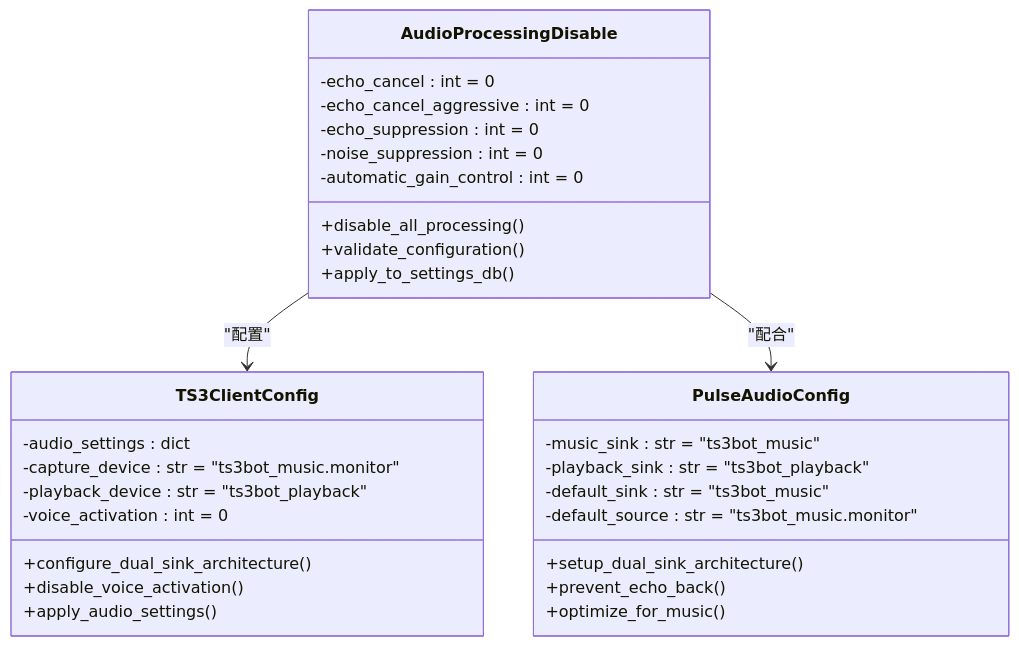
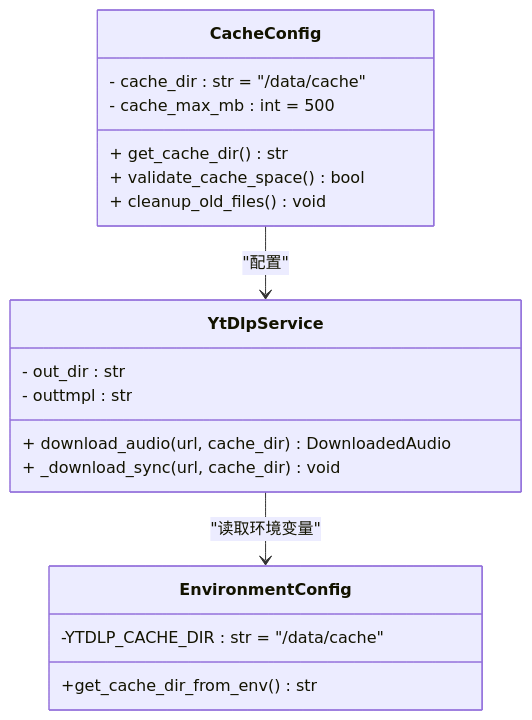
Before and after one commit to GhoulOwl/Teamspeak3_Bot: the fourth of 14 diagrams in .qoder/repowiki/zh/content/音乐播放系统/音乐播放系统.md, drawn with Mermaid. The commit also changed other lines of this file and 7 other files, not shown here.

````diff
--- a/.qoder/repowiki/zh/content/音乐播放系统/音乐播放系统.md
+++ b/.qoder/repowiki/zh/content/音乐播放系统/音乐播放系统.md
@@ -216,33 +266,22 @@
 ```mermaid
 classDiagram
-class AudioProcessingDisable {
--echo_cancel : int = 0
--echo_cancel_aggressive : int = 0
--echo_suppression : int = 0
--noise_suppression : int = 0
--automatic_gain_control : int = 0
-+disable_all_processing()
-+validate_configuration()
-+apply_to_settings_db()
+class CacheConfig {
+- cache_dir : str = "/data/cache"
+- cache_max_mb : int = 500
++ get_cache_dir() str
++ validate_cache_space() bool
++ cleanup_old_files() void
 }
-class TS3ClientConfig {
--audio_settings : dict
--capture_device : str = "ts3bot_music.monitor"
--playback_device : str = "ts3bot_playback"
--voice_activation : int = 0
-+configure_dual_sink_architecture()
-+disable_voice_activation()
-+apply_audio_settings()
+class YtDlpService {
+- out_dir : str
+- outtmpl : str
++ download_audio(url, cache_dir) DownloadedAudio
++ _download_sync(url, cache_dir) void
 }
-class PulseAudioConfig {
--music_sink : str = "ts3bot_music"
--playback_sink : str = "ts3bot_playback"
--default_sink : str = "ts3bot_music"
--default_source : str = "ts3bot_music.monitor"
-+setup_dual_sink_architecture()
-+prevent_echo_back()
-+optimize_for_music()
+class EnvironmentConfig {
+-YTDLP_CACHE_DIR : str = "/data/cache"
++get_cache_dir_from_env() str
 }
-AudioProcessingDisable --> TS3ClientConfig : "配置"
-AudioProcessingDisable --> PulseAudioConfig : "配合"
+CacheConfig --> YtDlpService : "配置"
+YtDlpService --> EnvironmentConfig : "读取环境变量"
 ```
````
